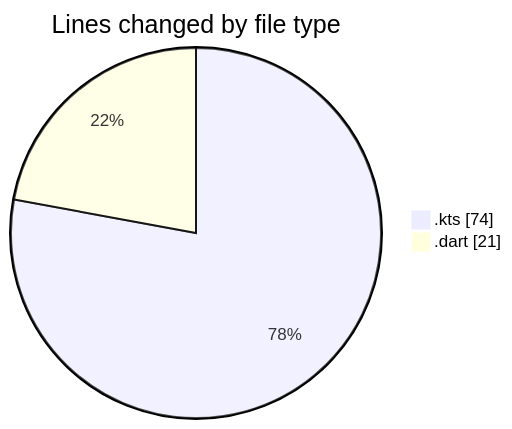
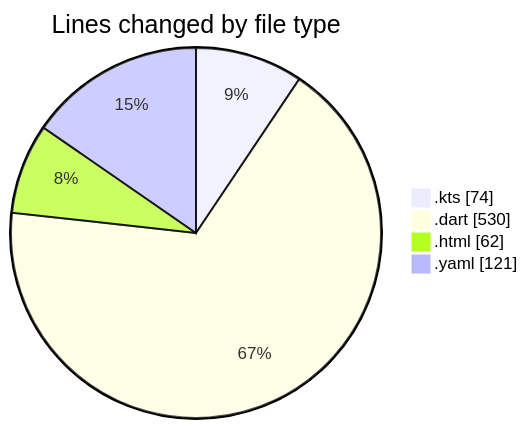
Before and after one commit to lephambinh05/code-tracking: the first of 2 diagrams in 2025-08-03/studybuddy/README.md, drawn with Mermaid. The commit also changed other lines of this file and 1 other file, not shown here.

````diff
--- a/2025-08-03/studybuddy/README.md
+++ b/2025-08-03/studybuddy/README.md
@@ -22,6 +28,8 @@
 ```mermaid
 pie showData
 title Lines changed by file type
 ".kts" : 74
-".dart" : 21
+".dart" : 530
+".html" : 62
+".yaml" : 121
 ```
````
